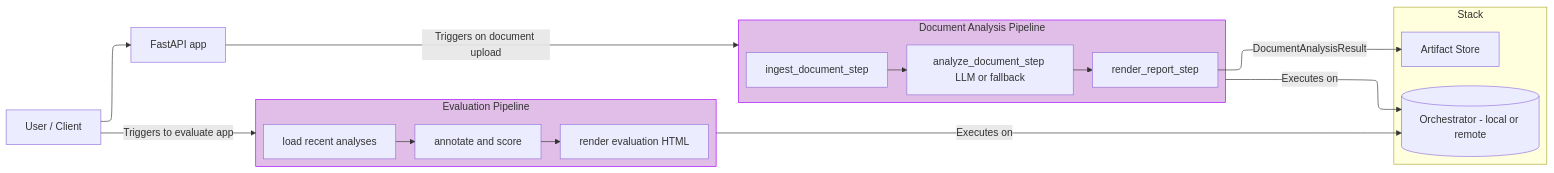
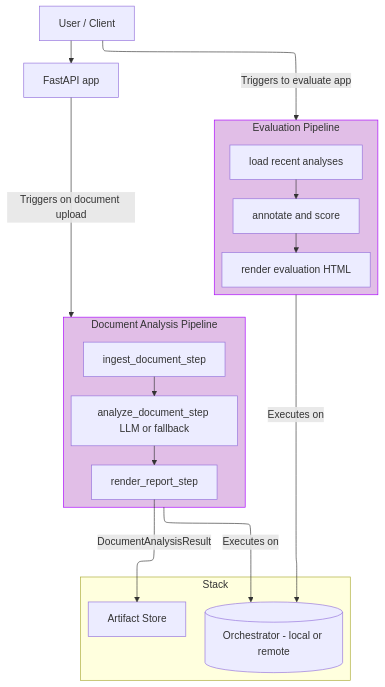
One commit to zenml-io/zenml changed the diagram in docs/book/getting-started/your-first-ai-pipeline.md. Above: the diagram before and after it, drawn with Mermaid.

Commit message:
Update flowchart orientation to top to bottom

````diff
--- a/docs/book/getting-started/your-first-ai-pipeline.md
+++ b/docs/book/getting-started/your-first-ai-pipeline.md
@@ -116,34 +116,34 @@
 ```mermaid
 ---
 config:
   layout: elk
   theme: mc
 ---
-flowchart LR
+flowchart TB
  subgraph Evaluation["Evaluation Pipeline"]
         R1["load recent analyses"]
         R2["annotate and score"]
         R3["render evaluation HTML"]
   end
  subgraph s1["Document Analysis Pipeline"]
         S1["ingest_document_step"]
         S2["analyze_document_step LLM or fallback"]
         S3["render_report_step"]
   end
  subgraph s2["Stack"]
         O[("Orchestrator - local or remote")]
         AR["Artifact Store"]
   end
     U["User / Client"] --> A["FastAPI app"]
     A -- Triggers on document upload --> s1
     S1 --> S2
     S2 --> S3
     S3 -- DocumentAnalysisResult --> AR
     R1 --> R2
     R2 --> R3
     U -- Triggers to evaluate app --> Evaluation
     Evaluation -- Executes on --> O
     s1 -- Executes on --> O
     style s1 fill:#E1BEE7,stroke:#AA00FF
     style Evaluation fill:#E1BEE7,stroke:#AA00FF
 ```
````
